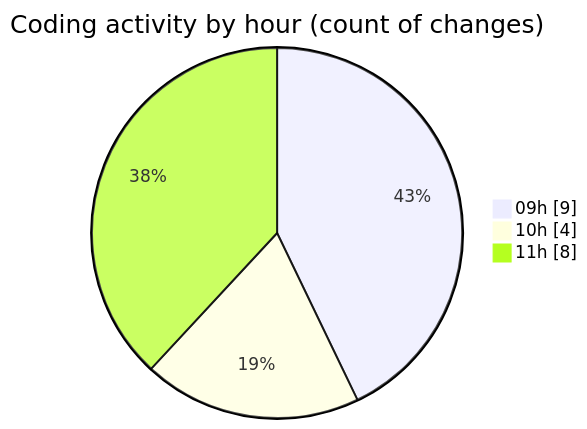
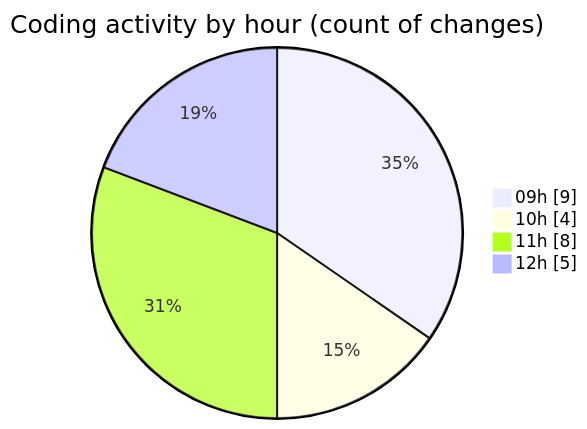
One commit to momahboobian/code-tracking changed the second of 2 diagrams in 2026-01-09/cda/README.md. Above: the diagram before and after it, drawn with Mermaid. The commit also changed other lines of this file and 1 other file, not shown here.

````diff
--- a/2026-01-09/cda/README.md
+++ b/2026-01-09/cda/README.md
@@ -34,7 +34,8 @@
 ```mermaid
 pie showData
 title Coding activity by hour (count of changes)
 "09h" : 9
 "10h" : 4
 "11h" : 8
+"12h" : 5
 ```
````
